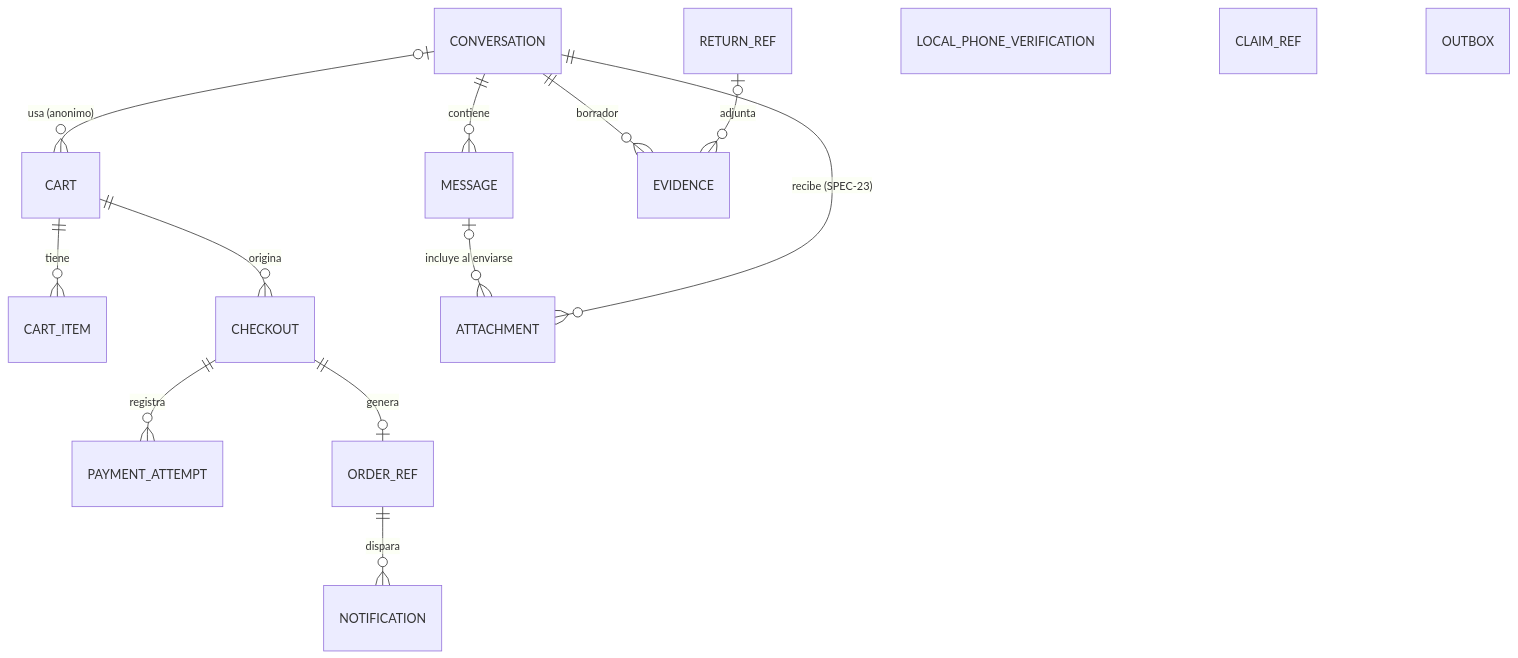
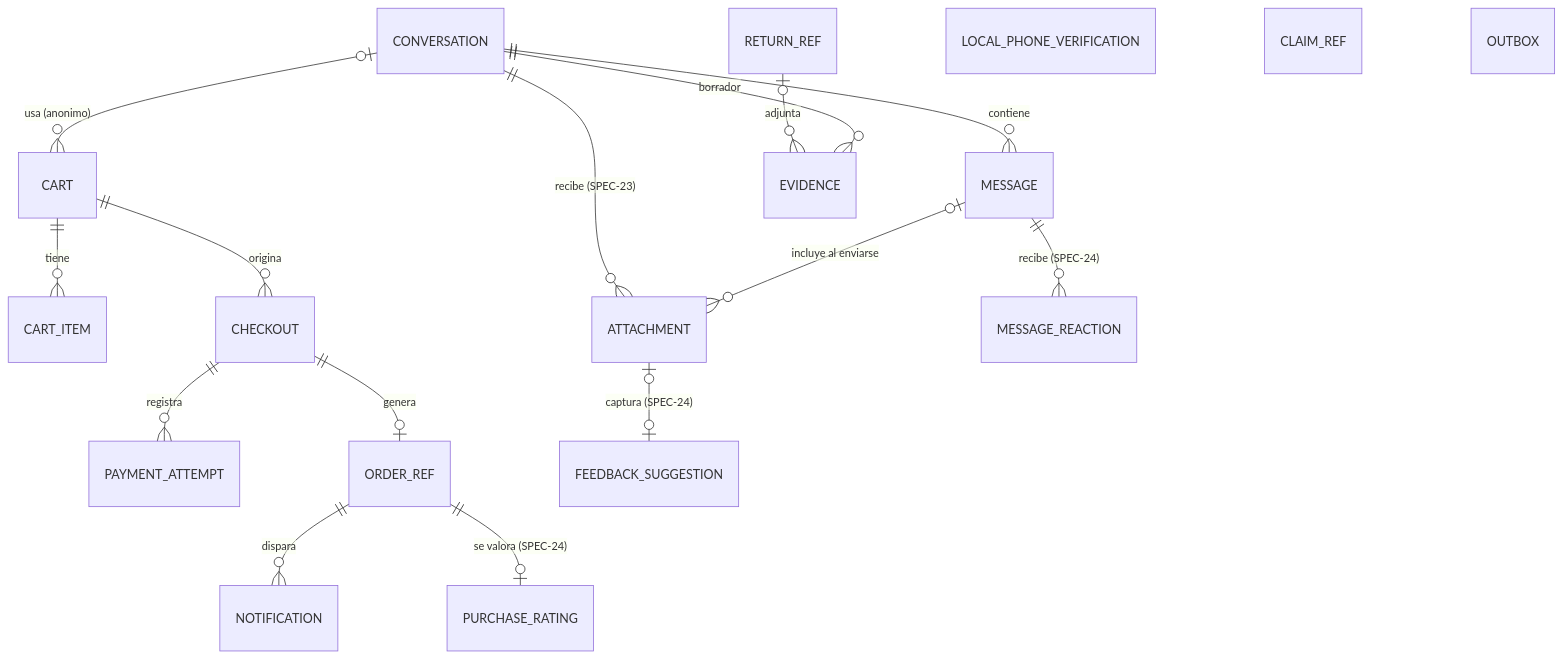
Before and after one commit to Taller-SW-Web/G3-Chatbot-specs: the diagram in docs/modelo-datos.md, drawn with Mermaid. The commit also changed other lines of this file, not shown here.

Commit message:
docs(modelo-datos): agregar las tablas de retroalimentación del cliente (SPEC-24)

````diff
--- a/docs/modelo-datos.md
+++ b/docs/modelo-datos.md
@@ -34,17 +34,20 @@
 ```mermaid
 erDiagram
     CONVERSATION ||--o{ MESSAGE : contiene
     CONVERSATION |o--o{ CART : "usa (anonimo)"
     CART ||--o{ CART_ITEM : tiene
     CART ||--o{ CHECKOUT : origina
     CHECKOUT ||--o{ PAYMENT_ATTEMPT : registra
     CHECKOUT ||--o| ORDER_REF : genera
     ORDER_REF ||--o{ NOTIFICATION : dispara
     RETURN_REF |o--o{ EVIDENCE : adjunta
     CONVERSATION ||--o{ EVIDENCE : borrador
     CONVERSATION ||--o{ ATTACHMENT : "recibe (SPEC-23)"
     MESSAGE |o--o{ ATTACHMENT : "incluye al enviarse"
+    MESSAGE ||--o{ MESSAGE_REACTION : "recibe (SPEC-24)"
+    ORDER_REF ||--o| PURCHASE_RATING : "se valora (SPEC-24)"
+    ATTACHMENT |o--o| FEEDBACK_SUGGESTION : "captura (SPEC-24)"
     LOCAL_PHONE_VERIFICATION
     CLAIM_REF
     OUTBOX
 ```
````
